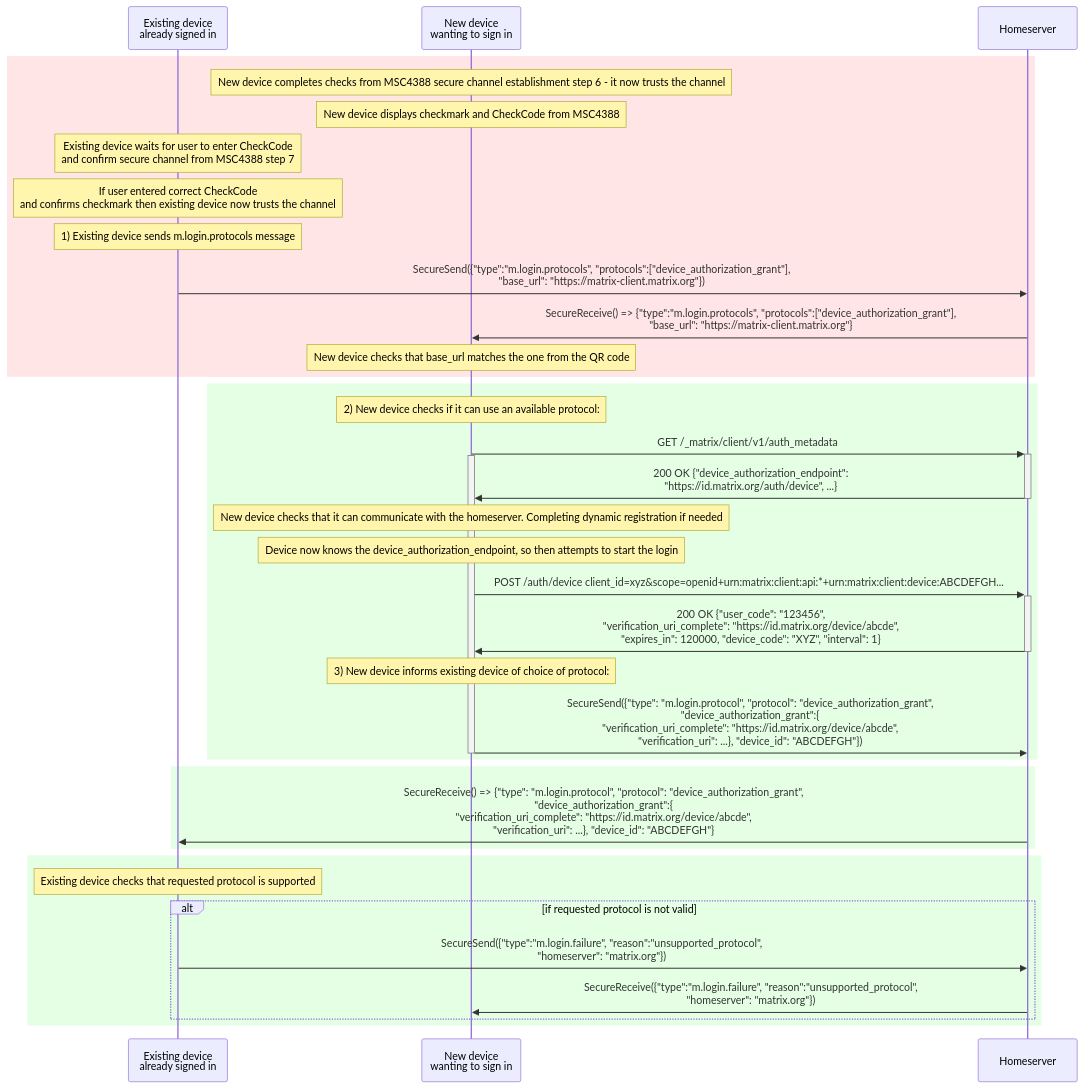
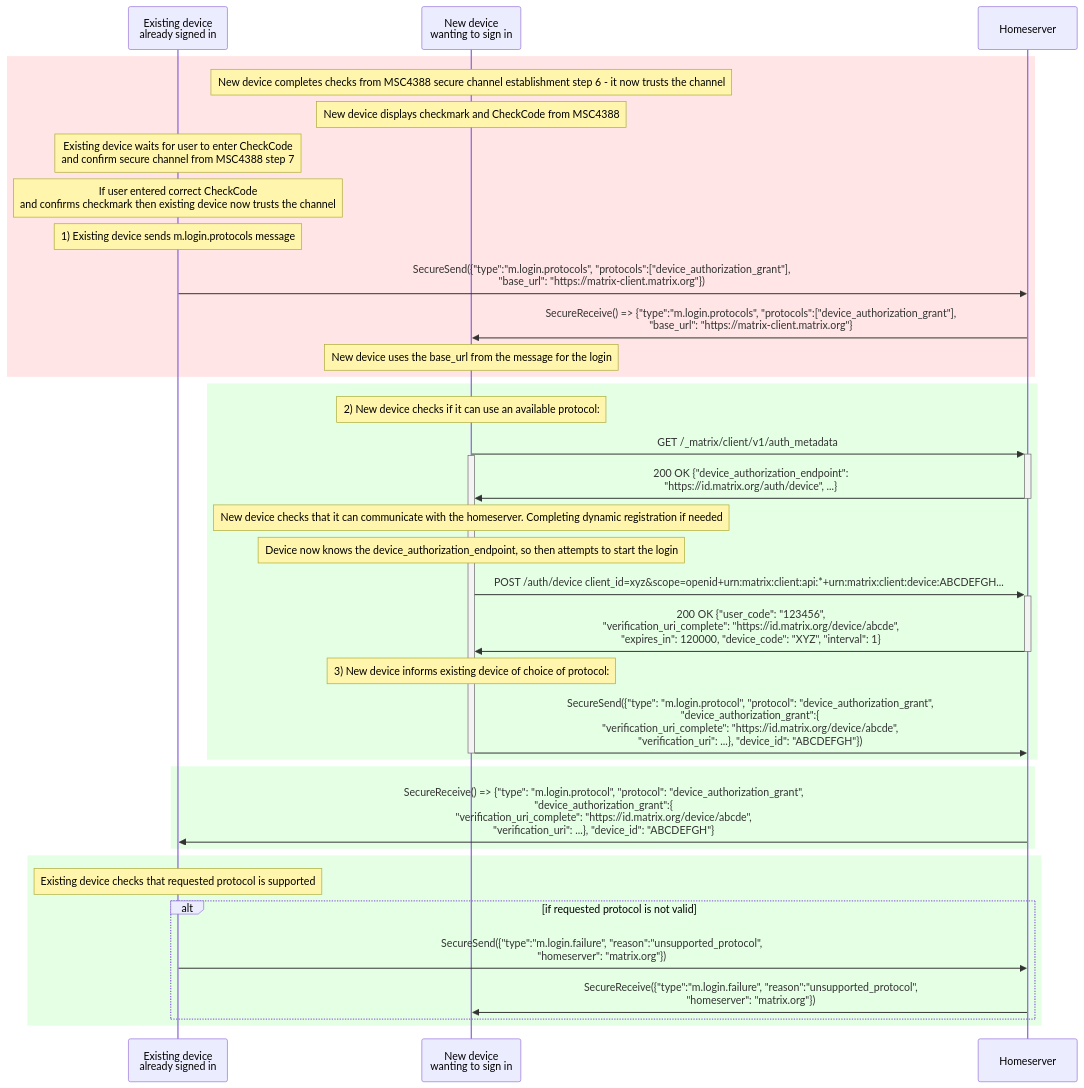
The second of 5 diagrams in proposals/4108-oidc-qr-login.md (matrix-org/matrix-spec-proposals), drawn with Mermaid before and after one commit. The commit also changed other lines of this file, not shown here.

First line of the commit message:
Rendezvous base URL and login base URL do not have to be the same

````diff
--- a/proposals/4108-oidc-qr-login.md
+++ b/proposals/4108-oidc-qr-login.md
@@ -299,57 +300,57 @@
 ```mermaid
 sequenceDiagram
     participant E as Existing device <br>already signed in
     participant N as New device <br>wanting to sign in
     participant HS as Homeserver
 
 
     rect rgba(255,0,0, 0.1)
     #alt if New device scanned QR code
         note over N: New device completes checks from MSC4388 secure channel establishment step 6 - it now trusts the channel
         note over N: New device displays checkmark and CheckCode from MSC4388
         note over E: Existing device waits for user to enter CheckCode<br>and confirm secure channel from MSC4388 step 7
         note over E: If user entered correct CheckCode<br>and confirms checkmark then existing device now trusts the channel
         note over E: 1) Existing device sends m.login.protocols message
         E->>HS: SecureSend({"type":"m.login.protocols", "protocols":["device_authorization_grant"],<br> "base_url": "https://matrix-client.matrix.org"})
         HS->>N: SecureReceive() => {"type":"m.login.protocols", "protocols":["device_authorization_grant"],<br> "base_url": "https://matrix-client.matrix.org"}
-        note over N: New device checks that base_url matches the one from the QR code
+        note over N: New device uses the base_url from the message for the login
 
     #else if Existing device scanned QR code
     #    note over E: Existing device completes MSC4388 step 6 - it now trusts the channel
     #    note over E: Existing device displays checkmark and CheckCode from MSC4388
     #    note over E: 1) Existing device sends m.login.protocols message
     #    E->>HS: SecureSend({"type":"m.login.protocols", "protocols":["device_authorization_grant"],<br> "base_url": "https://matrix-client.matrix.org"})
     #    note over N: New device waits for user to confirm secure channel from MSC4388 step 7
     #    HS->>N: SecureReceive() => {"type":"m.login.protocols", "protocols":["device_authorization_grant"],<br> "base_url": "https://matrix-client.matrix.org"}
     #    note over N: If user enters the correct CheckCode and confirms checkmark<br>then new device now trusts the channel, and uses the homeserver provided
     end
 
 
     rect rgba(0,255,0, 0.1)
     note over N: 2) New device checks if it can use an available protocol:
         N->>+HS: GET /_matrix/client/v1/auth_metadata
     activate N
         HS->>-N: 200 OK {"device_authorization_endpoint":<br> "https://id.matrix.org/auth/device", ...}
         Note over N: New device checks that it can communicate with the homeserver. Completing dynamic registration if needed
         Note over N: Device now knows the device_authorization_endpoint, so then attempts to start the login
         N->>+HS: POST /auth/device client_id=xyz&scope=openid+urn:matrix:client:api:*+urn:matrix:client:device:ABCDEFGH...
         HS->>-N: 200 OK {"user_code": "123456",<br>"verification_uri_complete": "https://id.matrix.org/device/abcde",<br>"expires_in": 120000, "device_code": "XYZ", "interval": 1}
         note over N: 3) New device informs existing device of choice of protocol:
         N->>HS: SecureSend({"type": "m.login.protocol", "protocol": "device_authorization_grant",<br> "device_authorization_grant":{<br>"verification_uri_complete": "https://id.matrix.org/device/abcde",<br>"verification_uri": ...}, "device_id": "ABCDEFGH"})
 
     deactivate N
     end
 
     rect rgba(0,255,0, 0.1)
         HS->>E: SecureReceive() => {"type": "m.login.protocol", "protocol": "device_authorization_grant",<br> "device_authorization_grant":{<br>"verification_uri_complete": "https://id.matrix.org/device/abcde",<br>"verification_uri": ...}, "device_id": "ABCDEFGH"}
     end
 
     rect rgba(0,255,0, 0.1)
     note over E: Existing device checks that requested protocol is supported
 
     alt if requested protocol is not valid
         E->>HS: SecureSend({"type":"m.login.failure", "reason":"unsupported_protocol",<br>"homeserver": "matrix.org"})
         HS->>N: SecureReceive({"type":"m.login.failure", "reason":"unsupported_protocol",<br>"homeserver": "matrix.org"})
     end
     end
 ```
````
